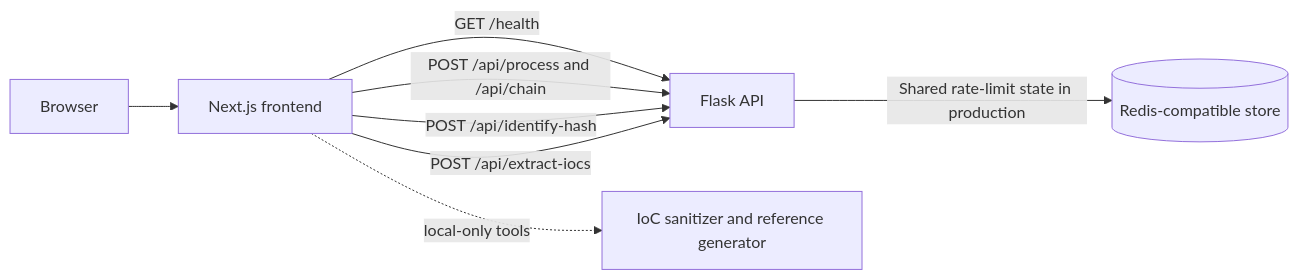
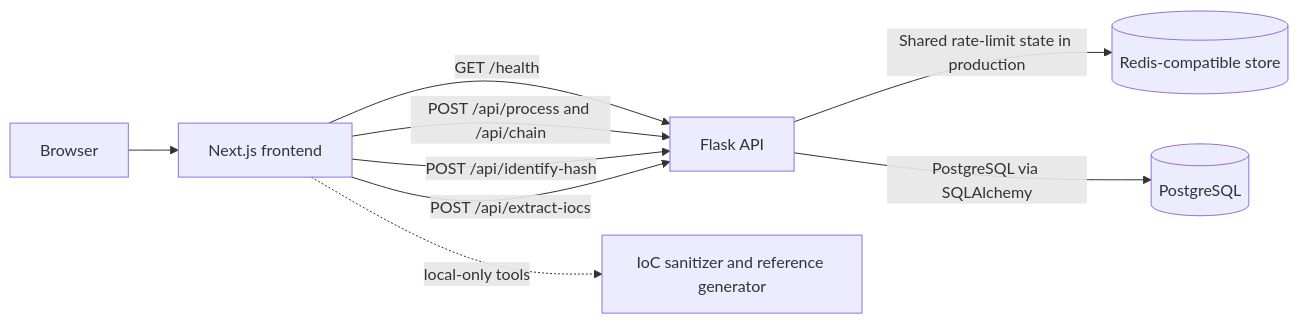
The diagram in README.md (AdithyaValke/Sentinel-X-Toolkit), drawn with Mermaid before and after one commit. The commit also changed other lines of this file and 13 other files, not shown here.

```diff
--- a/README.md
+++ b/README.md
@@ -90,10 +91,11 @@
 ~~~mermaid
 flowchart LR
     U[Browser] --> N[Next.js frontend]
     N -->|GET /health| F[Flask API]
     N -->|POST /api/process and /api/chain| F
     N -->|POST /api/identify-hash| F
     N -->|POST /api/extract-iocs| F
     F -->|Shared rate-limit state in production| R[(Redis-compatible store)]
+    F -->|PostgreSQL via SQLAlchemy| P[(PostgreSQL)]
     N -. local-only tools .-> L[IoC sanitizer and reference generator]
 ~~~
```
